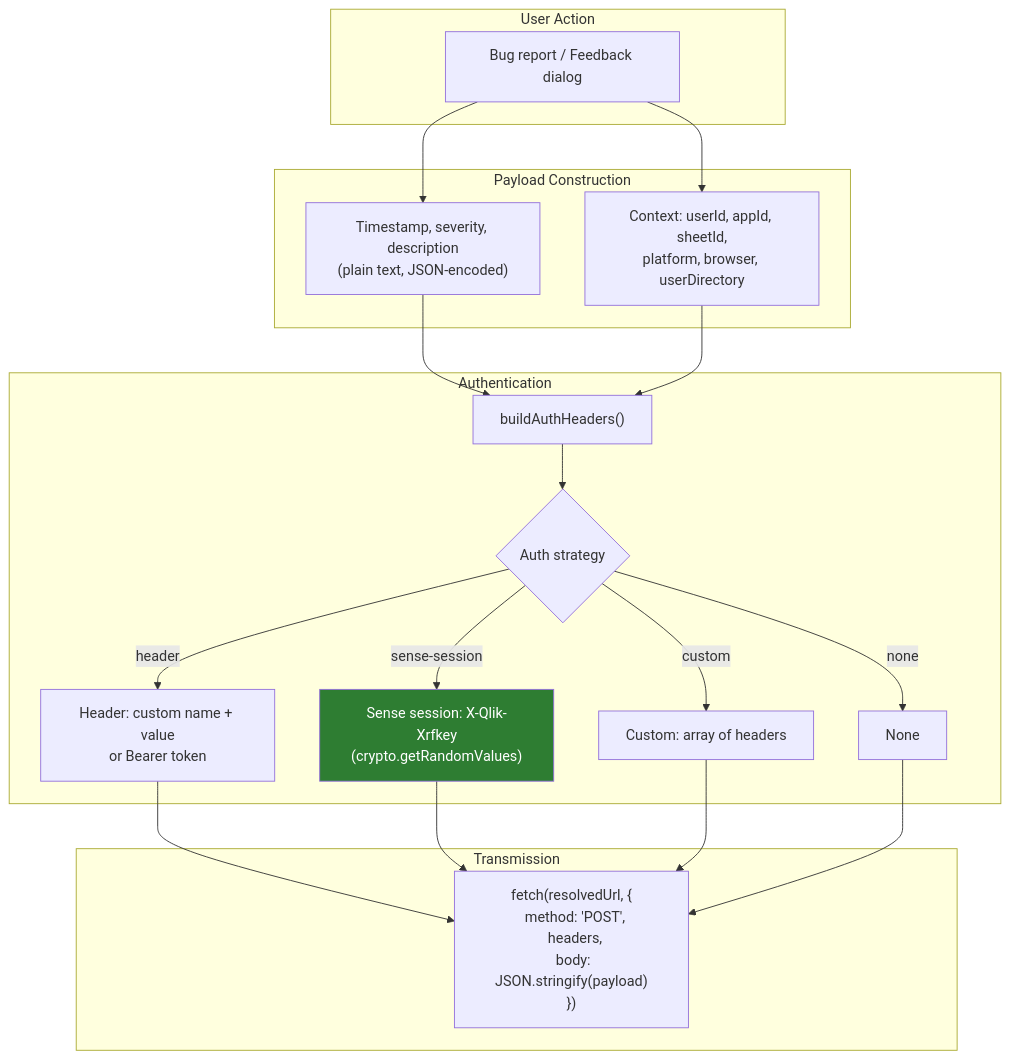
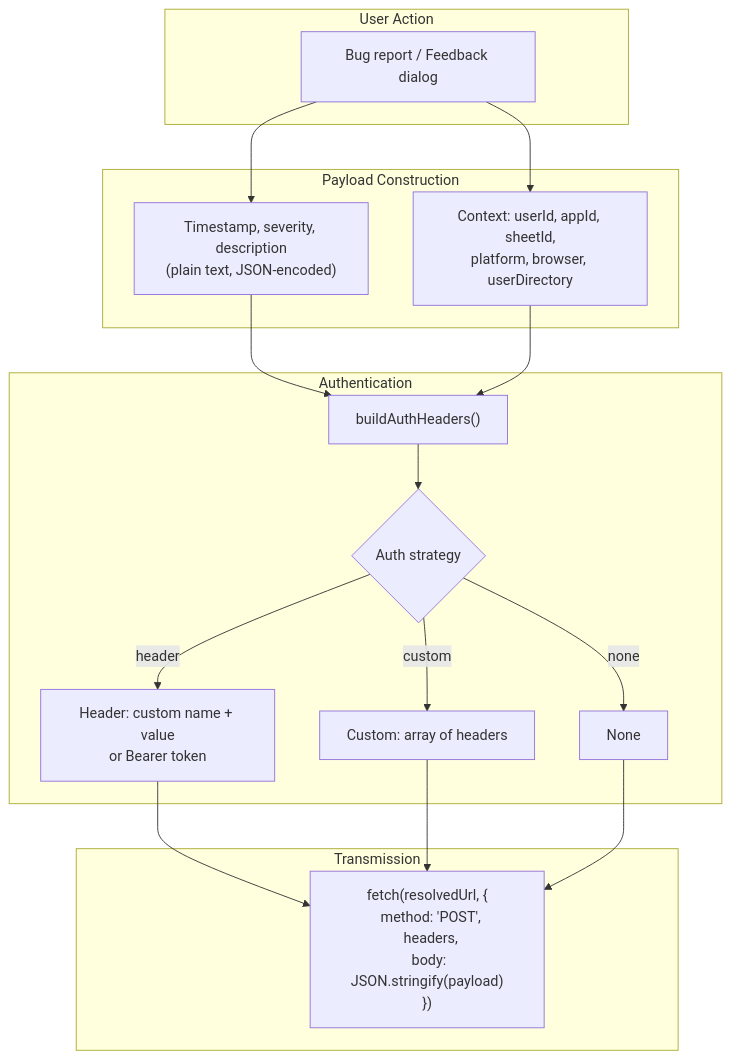
The second of 3 diagrams in docs/SECURITY.md (ptarmiganlabs/help-button.qs), drawn with Mermaid before and after one commit. The commit also changed other lines of this file and 21 other files, not shown here.

````diff
--- a/docs/SECURITY.md
+++ b/docs/SECURITY.md
@@ -161,43 +161,38 @@
 ```mermaid
 flowchart TD
     subgraph "User Action"
         U1["Bug report / Feedback dialog"]
     end
 
     subgraph "Payload Construction"
         P1["Timestamp, severity, description
 (plain text, JSON-encoded)"]
         P2["Context: userId, appId, sheetId,
 platform, browser, userDirectory"]
     end
 
     subgraph "Authentication"
         A1["buildAuthHeaders()"]
         A2{"Auth strategy"}
         A3["Header: custom name + value
 or Bearer token"]
-        A4["Sense session: X-Qlik-Xrfkey
-(crypto.getRandomValues)"]
-        A5["Custom: array of headers"]
-        A6["None"]
+        A4["Custom: array of headers"]
+        A5["None"]
     end
 
     subgraph "Transmission"
         T1["fetch(resolvedUrl, {
   method: 'POST',
   headers,
   body: JSON.stringify(payload)
 })"]
     end
 
     U1 --> P1 & P2
     P1 & P2 --> A1
     A1 --> A2
     A2 -->|header| A3
-    A2 -->|sense-session| A4
-    A2 -->|custom| A5
-    A2 -->|none| A6
-    A3 & A4 & A5 & A6 --> T1
-
-    style A4 fill:#2e7d32,color:#fff
+        A2 -->|custom| A4
+        A2 -->|none| A5
+        A3 & A4 & A5 --> T1
 ```
````
